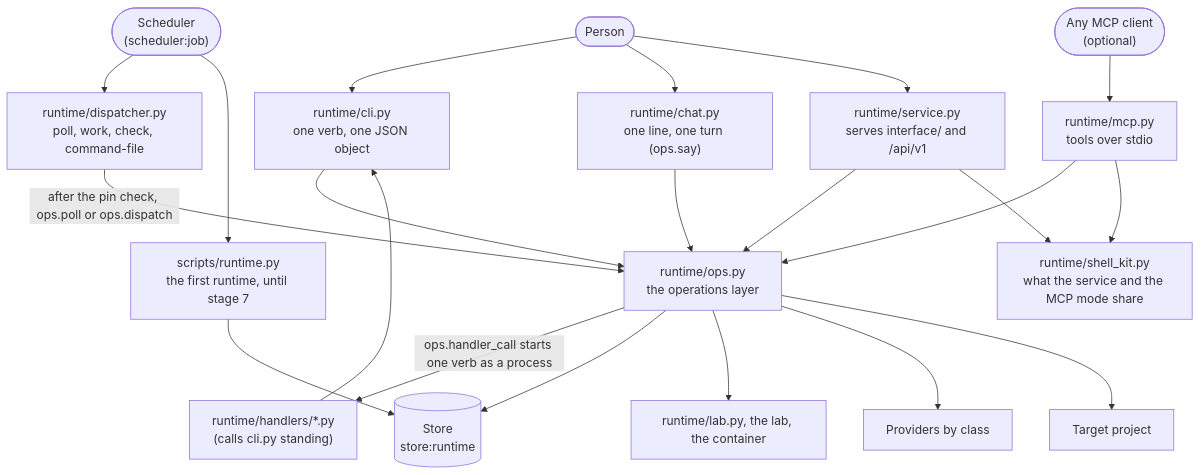
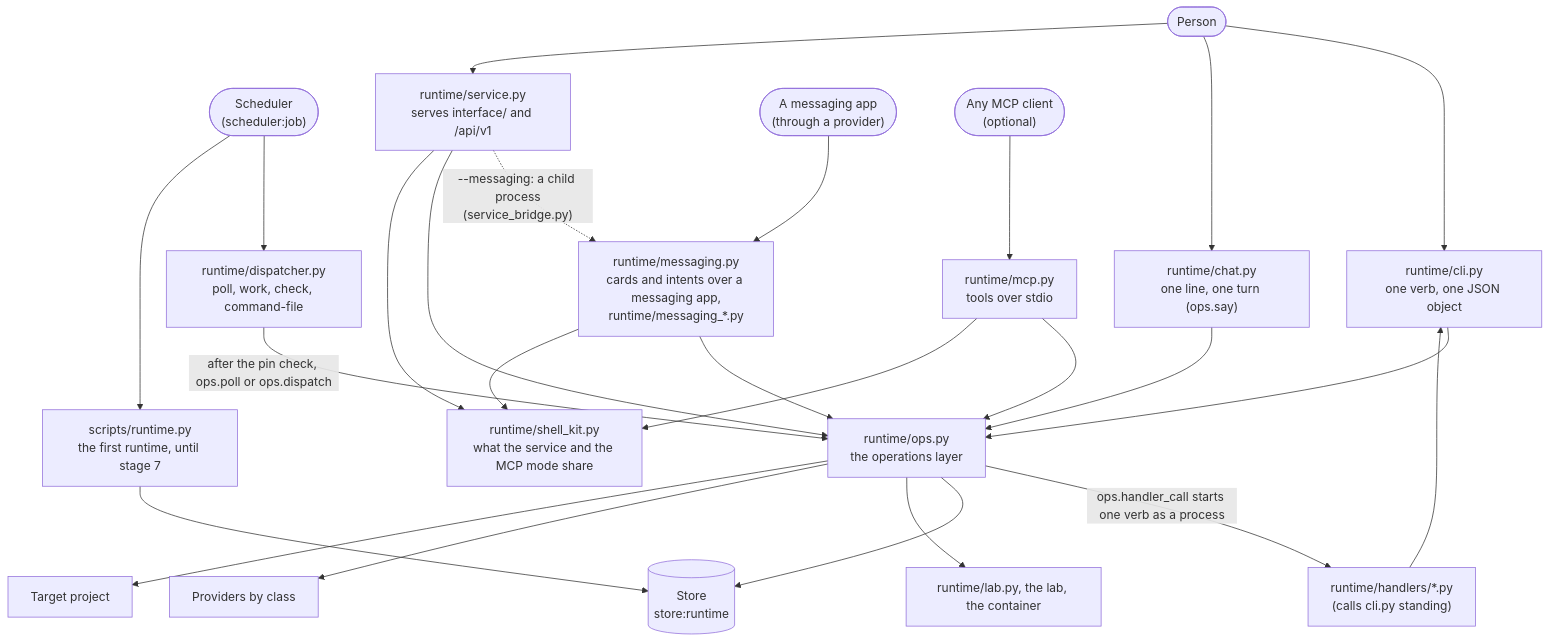
Before and after one commit to chrissgon/openhora: the diagram in docs/architecture/platform/shells.md, drawn with Mermaid. The commit also changed other lines of this file and 286 other files, not shown here.

````diff
--- a/docs/architecture/platform/shells.md
+++ b/docs/architecture/platform/shells.md
@@ -13,40 +13,46 @@
 ```mermaid
 flowchart TB
     P(["Person"])
     S(["Scheduler<br/>(scheduler:job)"])
     CLI["runtime/cli.py<br/>one verb, one JSON object"]
     CHAT["runtime/chat.py<br/>one line, one turn (ops.say)"]
     DISP["runtime/dispatcher.py<br/>poll, work, check, command-file"]
     H["runtime/handlers/*.py<br/>(calls cli.py standing)"]
     SVC["runtime/service.py<br/>serves interface/ and /api/v1"]
     MCP["runtime/mcp.py<br/>tools over stdio"]
+    MSG["runtime/messaging.py<br/>cards and intents over a messaging app,<br/>runtime/messaging_*.py"]
+    APP(["A messaging app<br/>(through a provider)"])
     KIT["runtime/shell_kit.py<br/>what the service and the MCP mode share"]
     C(["Any MCP client<br/>(optional)"])
     OPS["runtime/ops.py<br/>the operations layer"]
     ST[("Store<br/>store:runtime")]
     LAB["runtime/lab.py, the lab, the container"]
     PR["Providers by class"]
     PJ["Target project"]
     OLD["scripts/runtime.py<br/>the first runtime, until stage 7"]
 
     P --> CLI
     P --> CHAT
     P --> SVC
     C --> MCP
+    APP --> MSG
+    SVC -.->|"--messaging: a child process<br/>(service_bridge.py)"| MSG
     S --> DISP
     S --> OLD
     DISP -->|"after the pin check, ops.poll or ops.dispatch"| OPS
     OPS -->|"ops.handler_call starts one verb as a process"| H
     H --> CLI
     CLI --> OPS
     CHAT --> OPS
     SVC --> OPS
     MCP --> OPS
+    MSG --> OPS
     SVC --> KIT
     MCP --> KIT
+    MSG --> KIT
     OPS --> ST
     OPS --> LAB
     OPS --> PR
     OPS --> PJ
     OLD --> ST
 ```
````
